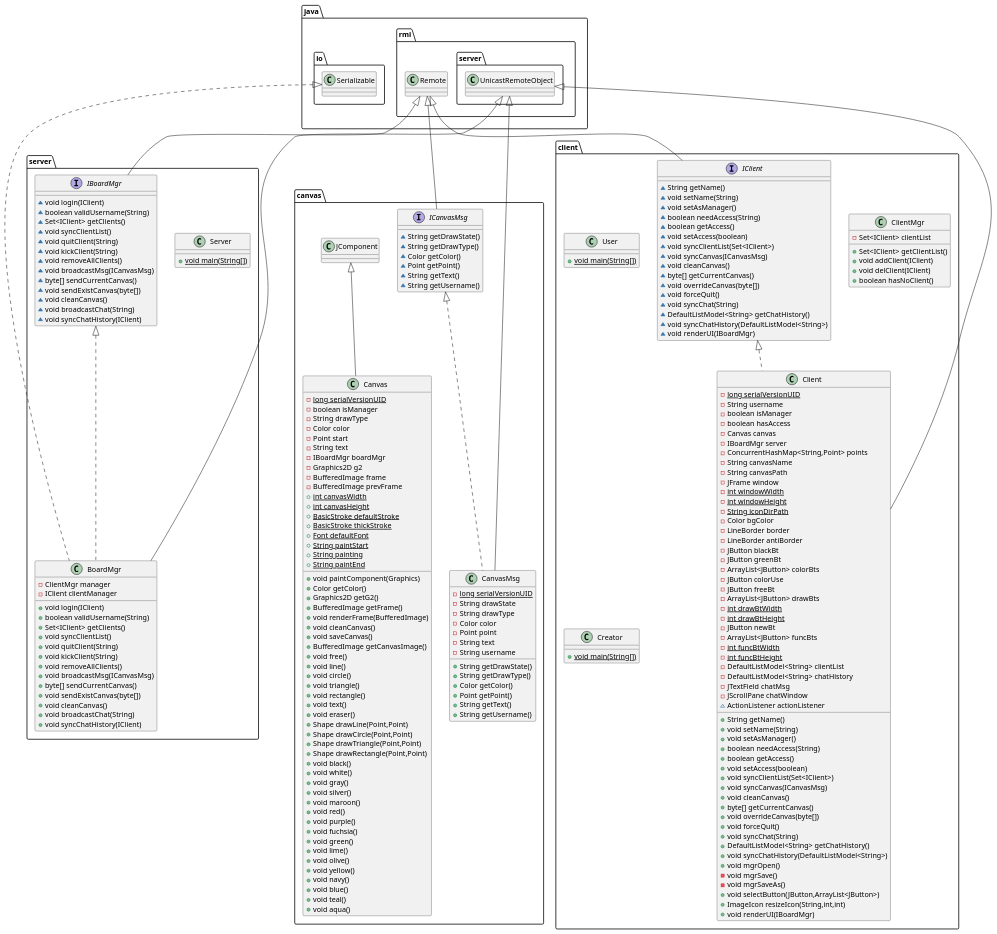
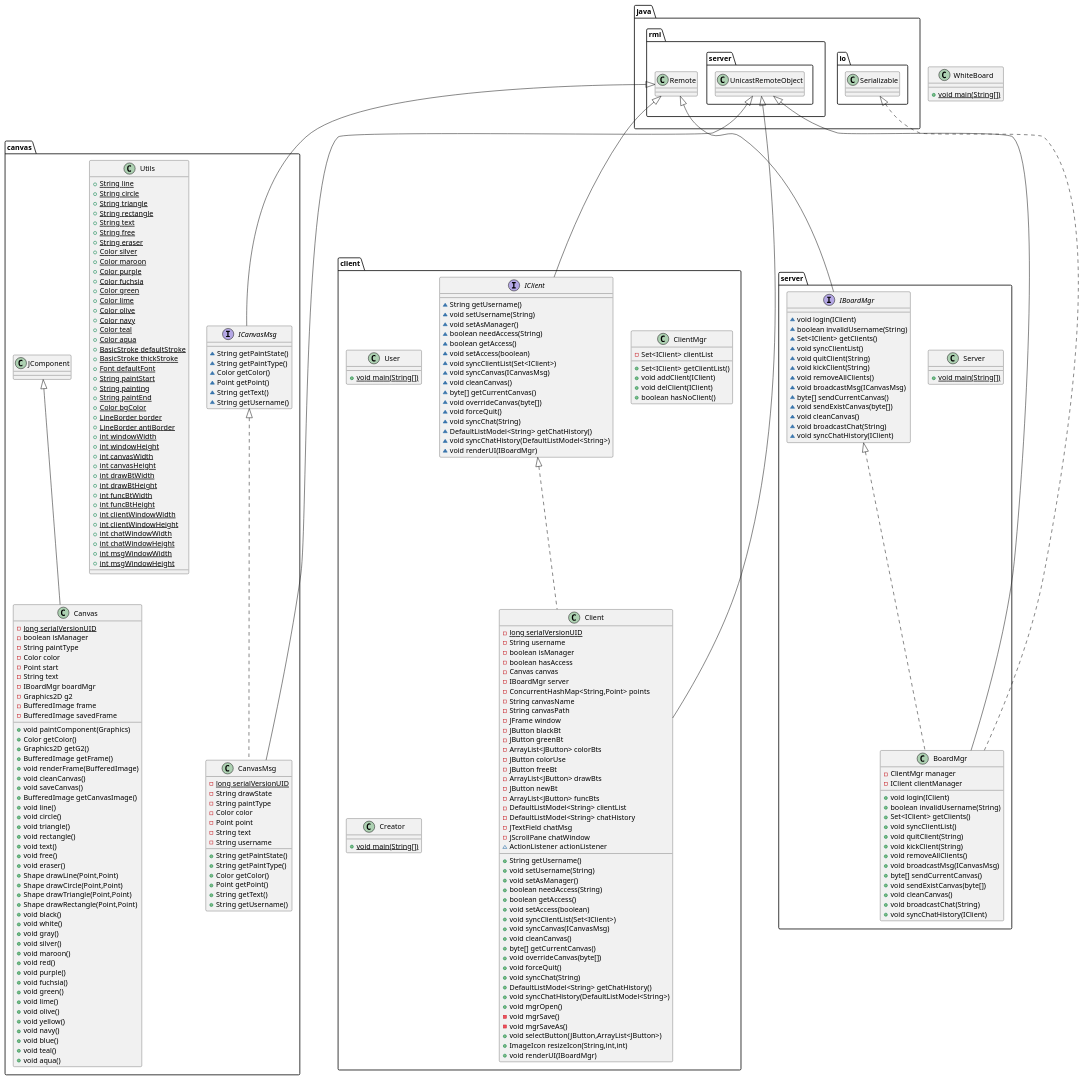
The diagram in resources/UML.puml (LOOP115/Shared_White_Board), drawn with PlantUML before and after one commit. The commit also changed 31 other files, not shown here.

```diff
--- a/resources/UML.puml
+++ b/resources/UML.puml
@@ -1,43 +1,11 @@
 @startuml
-class server.BoardMgr {
-- ClientMgr manager
-- IClient clientManager
-+ void login(IClient)
-+ boolean validUsername(String)
-+ Set<IClient> getClients()
-+ void syncClientList()
-+ void quitClient(String)
-+ void kickClient(String)
-+ void removeAllClients()
-+ void broadcastMsg(ICanvasMsg)
-+ byte[] sendCurrentCanvas()
-+ void sendExistCanvas(byte[])
-+ void cleanCanvas()
-+ void broadcastChat(String)
-+ void syncChatHistory(IClient)
-}
 interface canvas.ICanvasMsg {
-~ String getDrawState()
-~ String getDrawType()
+~ String getPaintState()
+~ String getPaintType()
 ~ Color getColor()
 ~ Point getPoint()
 ~ String getText()
 ~ String getUsername()
-}
-class canvas.CanvasMsg {
-- {static} long serialVersionUID
-- String drawState
-- String drawType
-- Color color
-- Point point
-- String text
-- String username
-+ String getDrawState()
-+ String getDrawType()
-+ Color getColor()
-+ Point getPoint()
-+ String getText()
-+ String getUsername()
 }
 class client.User {
 + {static} void main(String[])
@@ -53,31 +21,21 @@
 - String canvasName
 - String canvasPath
 - JFrame window
-- {static} int windowWidth
-- {static} int windowHeight
-- {static} String iconDirPath
-- Color bgColor
-- LineBorder border
-- LineBorder antiBorder
 - JButton blackBt
 - JButton greenBt
 - ArrayList<JButton> colorBts
 - JButton colorUse
 - JButton freeBt
 - ArrayList<JButton> drawBts
-- {static} int drawBtWidth
-- {static} int drawBtHeight
 - JButton newBt
 - ArrayList<JButton> funcBts
-- {static} int funcBtWidth
-- {static} int funcBtHeight
 - DefaultListModel<String> clientList
 - DefaultListModel<String> chatHistory
 - JTextField chatMsg
 - JScrollPane chatWindow
 ~ ActionListener actionListener
-+ String getName()
-+ void setName(String)
++ String getUsername()
++ void setUsername(String)
 + void setAsManager()
 + boolean needAccess(String)
 + boolean getAccess()
@@ -98,30 +56,12 @@
 + ImageIcon resizeIcon(String,int,int)
 + void renderUI(IBoardMgr)
 }
-interface client.IClient {
-~ String getName()
-~ void setName(String)
-~ void setAsManager()
-~ boolean needAccess(String)
-~ boolean getAccess()
-~ void setAccess(boolean)
-~ void syncClientList(Set<IClient>)
-~ void syncCanvas(ICanvasMsg)
-~ void cleanCanvas()
-~ byte[] getCurrentCanvas()
-~ void overrideCanvas(byte[])
-~ void forceQuit()
-~ void syncChat(String)
-~ DefaultListModel<String> getChatHistory()
-~ void syncChatHistory(DefaultListModel<String>)
-~ void renderUI(IBoardMgr)
-}
 class server.Server {
 + {static} void main(String[])
 }
 interface server.IBoardMgr {
 ~ void login(IClient)
-~ boolean validUsername(String)
+~ boolean invalidUsername(String)
 ~ Set<IClient> getClients()
 ~ void syncClientList()
 ~ void quitClient(String)
@@ -141,25 +81,112 @@
 + void delClient(IClient)
 + boolean hasNoClient()
 }
+class WhiteBoard {
++ {static} void main(String[])
+}
+class server.BoardMgr {
+- ClientMgr manager
+- IClient clientManager
++ void login(IClient)
++ boolean invalidUsername(String)
++ Set<IClient> getClients()
++ void syncClientList()
++ void quitClient(String)
++ void kickClient(String)
++ void removeAllClients()
++ void broadcastMsg(ICanvasMsg)
++ byte[] sendCurrentCanvas()
++ void sendExistCanvas(byte[])
++ void cleanCanvas()
++ void broadcastChat(String)
++ void syncChatHistory(IClient)
+}
+class canvas.CanvasMsg {
+- {static} long serialVersionUID
+- String drawState
+- String paintType
+- Color color
+- Point point
+- String text
+- String username
++ String getPaintState()
++ String getPaintType()
++ Color getColor()
++ Point getPoint()
++ String getText()
++ String getUsername()
+}
+interface client.IClient {
+~ String getUsername()
+~ void setUsername(String)
+~ void setAsManager()
+~ boolean needAccess(String)
+~ boolean getAccess()
+~ void setAccess(boolean)
+~ void syncClientList(Set<IClient>)
+~ void syncCanvas(ICanvasMsg)
+~ void cleanCanvas()
+~ byte[] getCurrentCanvas()
+~ void overrideCanvas(byte[])
+~ void forceQuit()
+~ void syncChat(String)
+~ DefaultListModel<String> getChatHistory()
+~ void syncChatHistory(DefaultListModel<String>)
+~ void renderUI(IBoardMgr)
+}
+class canvas.Utils {
++ {static} String line
++ {static} String circle
++ {static} String triangle
++ {static} String rectangle
++ {static} String text
++ {static} String free
++ {static} String eraser
++ {static} Color silver
++ {static} Color maroon
++ {static} Color purple
++ {static} Color fuchsia
++ {static} Color green
++ {static} Color lime
++ {static} Color olive
++ {static} Color navy
++ {static} Color teal
++ {static} Color aqua
++ {static} BasicStroke defaultStroke
++ {static} BasicStroke thickStroke
++ {static} Font defaultFont
++ {static} String paintStart
++ {static} String painting
++ {static} String paintEnd
++ {static} Color bgColor
++ {static} LineBorder border
++ {static} LineBorder antiBorder
++ {static} int windowWidth
++ {static} int windowHeight
++ {static} int canvasWidth
++ {static} int canvasHeight
++ {static} int drawBtWidth
++ {static} int drawBtHeight
++ {static} int funcBtWidth
++ {static} int funcBtHeight
++ {static} int clientWindowWidth
++ {static} int clientWindowHeight
++ {static} int chatWindowWidth
++ {static} int chatWindowHeight
++ {static} int msgWindowWidth
++ {static} int msgWindowHeight
+}
 class canvas.Canvas {
 - {static} long serialVersionUID
 - boolean isManager
-- String drawType
+- String paintType
 - Color color
 - Point start
 - String text
 - IBoardMgr boardMgr
 - Graphics2D g2
 - BufferedImage frame
-- BufferedImage prevFrame
-+ {static} int canvasWidth
-+ {static} int canvasHeight
-+ {static} BasicStroke defaultStroke
-+ {static} BasicStroke thickStroke
-+ {static} Font defaultFont
-+ {static} String paintStart
-+ {static} String painting
-+ {static} String paintEnd
+- BufferedImage savedFrame
 + void paintComponent(Graphics)
 + Color getColor()
 + Graphics2D getG2()
@@ -168,12 +195,12 @@
 + void cleanCanvas()
 + void saveCanvas()
 + BufferedImage getCanvasImage()
-+ void free()
 + void line()
 + void circle()
 + void triangle()
 + void rectangle()
 + void text()
++ void free()
 + void eraser()
 + Shape drawLine(Point,Point)
 + Shape drawCircle(Point,Point)
@@ -201,15 +228,15 @@
 }
 
 
+java.rmi.Remote <|-- canvas.ICanvasMsg
+client.IClient <|.. client.Client
+java.rmi.server.UnicastRemoteObject <|-- client.Client
+java.rmi.Remote <|-- server.IBoardMgr
 server.IBoardMgr <|.. server.BoardMgr
 java.io.Serializable <|.. server.BoardMgr
 java.rmi.server.UnicastRemoteObject <|-- server.BoardMgr
-java.rmi.Remote <|-- canvas.ICanvasMsg
 canvas.ICanvasMsg <|.. canvas.CanvasMsg
 java.rmi.server.UnicastRemoteObject <|-- canvas.CanvasMsg
-client.IClient <|.. client.Client
-java.rmi.server.UnicastRemoteObject <|-- client.Client
 java.rmi.Remote <|-- client.IClient
-java.rmi.Remote <|-- server.IBoardMgr
 canvas.JComponent <|-- canvas.Canvas
 @enduml
```
